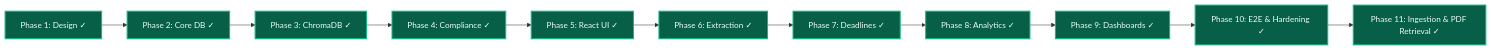
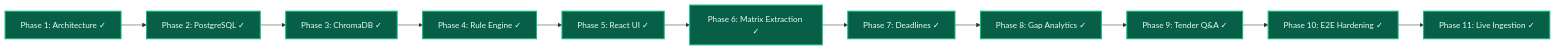
Before and after one commit to shivarajsg/TenderBid: the third of 3 diagrams in README.md, drawn with Mermaid. The commit also changed other lines of this file, not shown here.

Commit message:
Update README with comprehensive project explanation, architecture, and guides

````diff
--- a/README.md
+++ b/README.md
@@ -1053,16 +804,16 @@
 ```mermaid
 flowchart LR
-    P1["Phase 1: Design ✓"] --> P2["Phase 2: Core DB ✓"]
+    P1["Phase 1: Architecture ✓"] --> P2["Phase 2: PostgreSQL ✓"]
     P2 --> P3["Phase 3: ChromaDB ✓"]
-    P3 --> P4["Phase 4: Compliance ✓"]
+    P3 --> P4["Phase 4: Rule Engine ✓"]
     P4 --> P5["Phase 5: React UI ✓"]
-    P5 --> P6["Phase 6: Extraction ✓"]
+    P5 --> P6["Phase 6: Matrix Extraction ✓"]
     P6 --> P7["Phase 7: Deadlines ✓"]
-    P7 --> P8["Phase 8: Analytics ✓"]
-    P8 --> P9["Phase 9: Dashboards ✓"]
-    P9 --> P10["Phase 10: E2E & Hardening ✓"]
-    P10 --> P11["Phase 11: Ingestion & PDF Retrieval ✓"]
+    P7 --> P8["Phase 8: Gap Analytics ✓"]
+    P8 --> P9["Phase 9: Tender Q&A ✓"]
+    P9 --> P10["Phase 10: E2E Hardening ✓"]
+    P10 --> P11["Phase 11: Live Ingestion ✓"]
 
     classDef done fill:#065f46,stroke:#10b981,stroke-width:2px,color:#ecfdf5;
     class P1,P2,P3,P4,P5,P6,P7,P8,P9,P10,P11 done;
 ```
````
